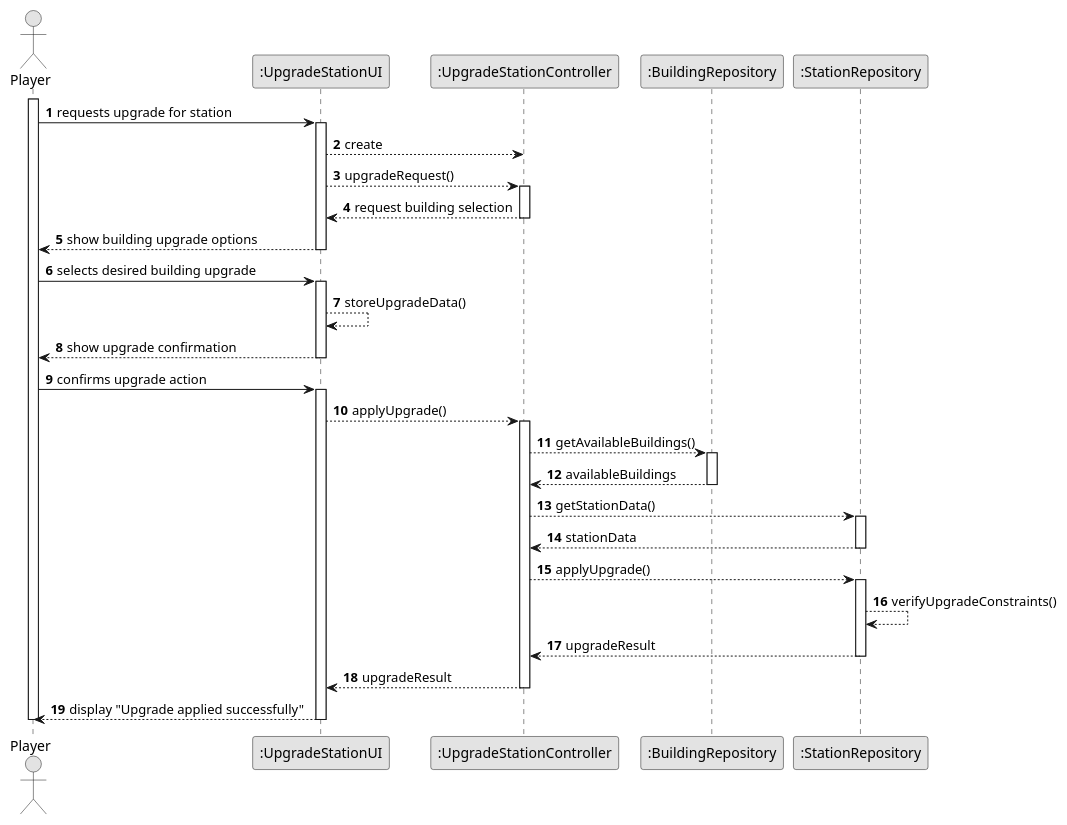
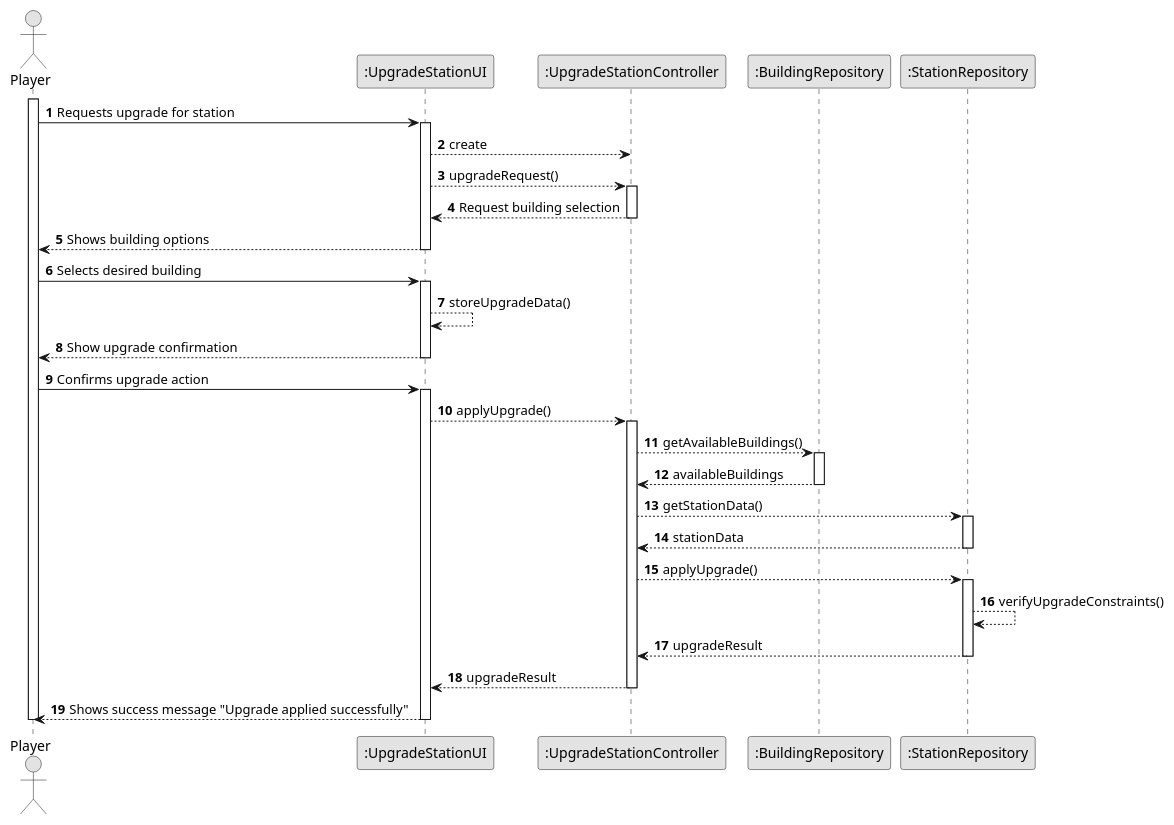
The diagram in docs/system-documentation/US006/03.design/puml/US006-SD.puml (goncalolopesp/sem2-pi-24.25-g093-repo), drawn with PlantUML before and after one commit. The commit also changed 6 other files, not shown here.

```diff
--- a/docs/system-documentation/US006/03.design/puml/US006-SD.puml
+++ b/docs/system-documentation/US006/03.design/puml/US006-SD.puml
@@ -1,60 +1,60 @@
 @startuml US006-SD
 skinparam monochrome true
 skinparam packageStyle rectangle
 skinparam shadowing false
 autonumber
 
 actor "Player" as Player
 participant ":UpgradeStationUI" as UpgradeUI
 participant ":UpgradeStationController" as UpgradeController
 participant ":BuildingRepository" as BuildingRepo
 participant ":StationRepository" as StationRepo
 
 activate Player
 
-Player -> UpgradeUI: requests upgrade for station
+Player -> UpgradeUI: Requests upgrade for station
 activate UpgradeUI
 
 UpgradeUI --> UpgradeController: create
 UpgradeUI --> UpgradeController: upgradeRequest()
 activate UpgradeController
 
-UpgradeController --> UpgradeUI: request building selection
+UpgradeController --> UpgradeUI: Request building selection
 deactivate UpgradeController
-UpgradeUI --> Player: show building upgrade options
+UpgradeUI --> Player: Shows building options
 deactivate UpgradeUI
 
-Player -> UpgradeUI: selects desired building upgrade
+Player -> UpgradeUI: Selects desired building
 activate UpgradeUI
 UpgradeUI --> UpgradeUI: storeUpgradeData()
-UpgradeUI --> Player: show upgrade confirmation
+UpgradeUI --> Player: Show upgrade confirmation
 deactivate UpgradeUI
 
-Player -> UpgradeUI: confirms upgrade action
+Player -> UpgradeUI: Confirms upgrade action
 activate UpgradeUI
 UpgradeUI --> UpgradeController: applyUpgrade()
 activate UpgradeController
 
 UpgradeController --> BuildingRepo: getAvailableBuildings()
 activate BuildingRepo
 BuildingRepo --> UpgradeController: availableBuildings
 deactivate BuildingRepo
 
 UpgradeController --> StationRepo: getStationData()
 activate StationRepo
 StationRepo --> UpgradeController: stationData
 deactivate StationRepo
 
 UpgradeController --> StationRepo: applyUpgrade()
 activate StationRepo
 StationRepo --> StationRepo: verifyUpgradeConstraints()
 StationRepo --> UpgradeController: upgradeResult
 deactivate StationRepo
 
 UpgradeController --> UpgradeUI: upgradeResult
 deactivate UpgradeController
 
-UpgradeUI --> Player: display "Upgrade applied successfully"
+UpgradeUI --> Player: Shows success message "Upgrade applied successfully"
 deactivate UpgradeUI
 deactivate Player
 @enduml
```
